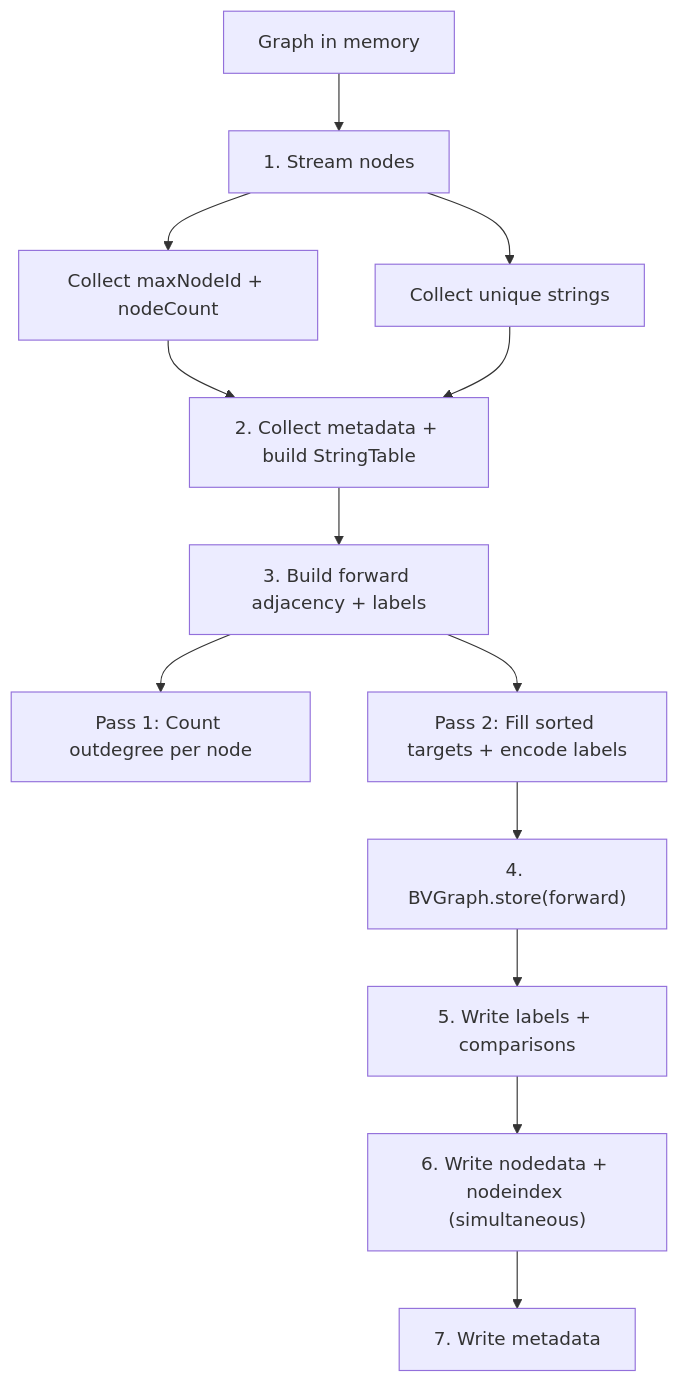
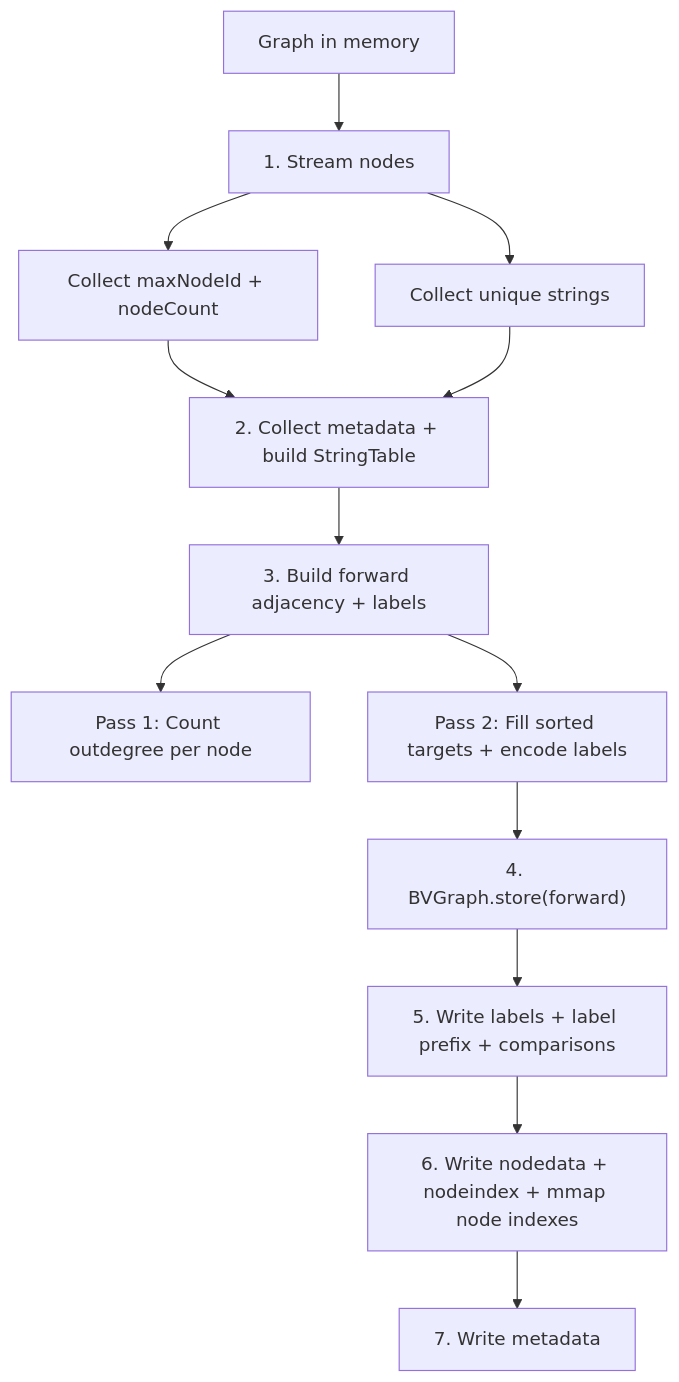
One commit to johnsonlee/graphite changed the first of 2 diagrams in docs/webgraph-storage.md. Above: the diagram before and after it, drawn with Mermaid. The commit also changed other lines of this file and 32 other files, not shown here.

````diff
--- a/docs/webgraph-storage.md
+++ b/docs/webgraph-storage.md
@@ -60,14 +74,14 @@
 ```mermaid
 graph TD
     A[Graph in memory] --> B[1. Stream nodes]
     B --> B1[Collect maxNodeId + nodeCount]
     B --> B2[Collect unique strings]
     B1 & B2 --> C[2. Collect metadata + build StringTable]
     C --> D["3. Build forward adjacency + labels"]
     D --> D1["Pass 1: Count outdegree per node"]
     D --> D2["Pass 2: Fill sorted targets + encode labels"]
     D2 --> E["4. BVGraph.store(forward)"]
-    E --> F[5. Write labels + comparisons]
-    F --> G["6. Write nodedata + nodeindex (simultaneous)"]
+    E --> F[5. Write labels + label prefix + comparisons]
+    F --> G["6. Write nodedata + nodeindex + mmap node indexes"]
     G --> H[7. Write metadata]
 ```
````
